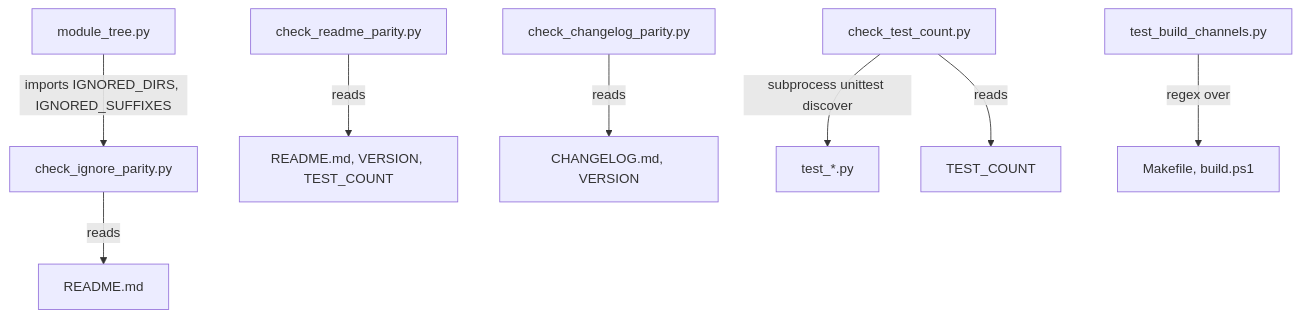
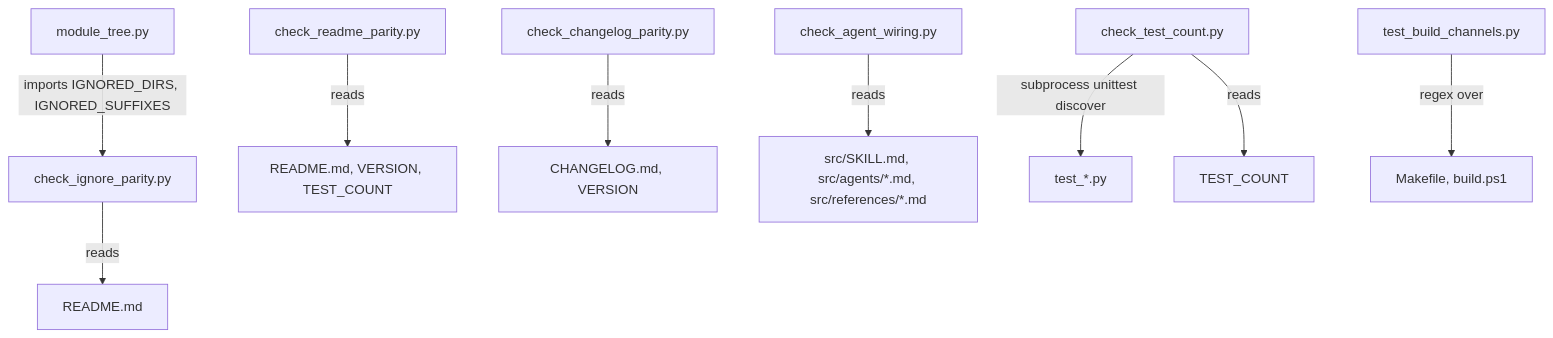
The diagram in src/scripts/CLAUDE.md (NikolasMarkou/repo-remap), drawn with Mermaid before and after one commit. The commit also changed other lines of this file and 25 other files, not shown here.

First line of the commit message:
[skill] orchestrator and subagents for reads and rewrites, release 1.1.0

````diff
--- a/src/scripts/CLAUDE.md
+++ b/src/scripts/CLAUDE.md
@@ -16,10 +16,11 @@
 ```mermaid
 flowchart TD
     MT[module_tree.py] -->|imports IGNORED_DIRS, IGNORED_SUFFIXES| IP[check_ignore_parity.py]
     RP[check_readme_parity.py] -->|reads| F1[README.md, VERSION, TEST_COUNT]
     CP[check_changelog_parity.py] -->|reads| F2[CHANGELOG.md, VERSION]
     IP -->|reads| F3[README.md]
+    AW[check_agent_wiring.py] -->|reads| F6[src/SKILL.md, src/agents/*.md, src/references/*.md]
     TC[check_test_count.py] -->|subprocess unittest discover| T[test_*.py]
     TC -->|reads| F4[TEST_COUNT]
     BC[test_build_channels.py] -->|regex over| F5[Makefile, build.ps1]
 ```
````
